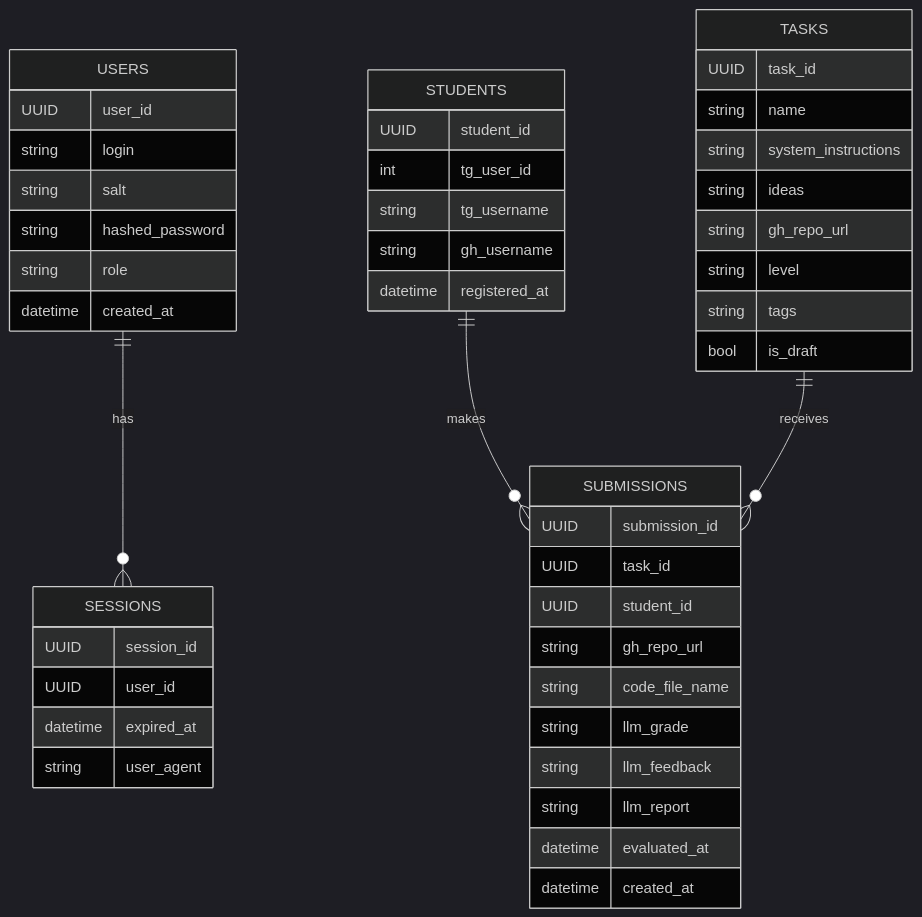
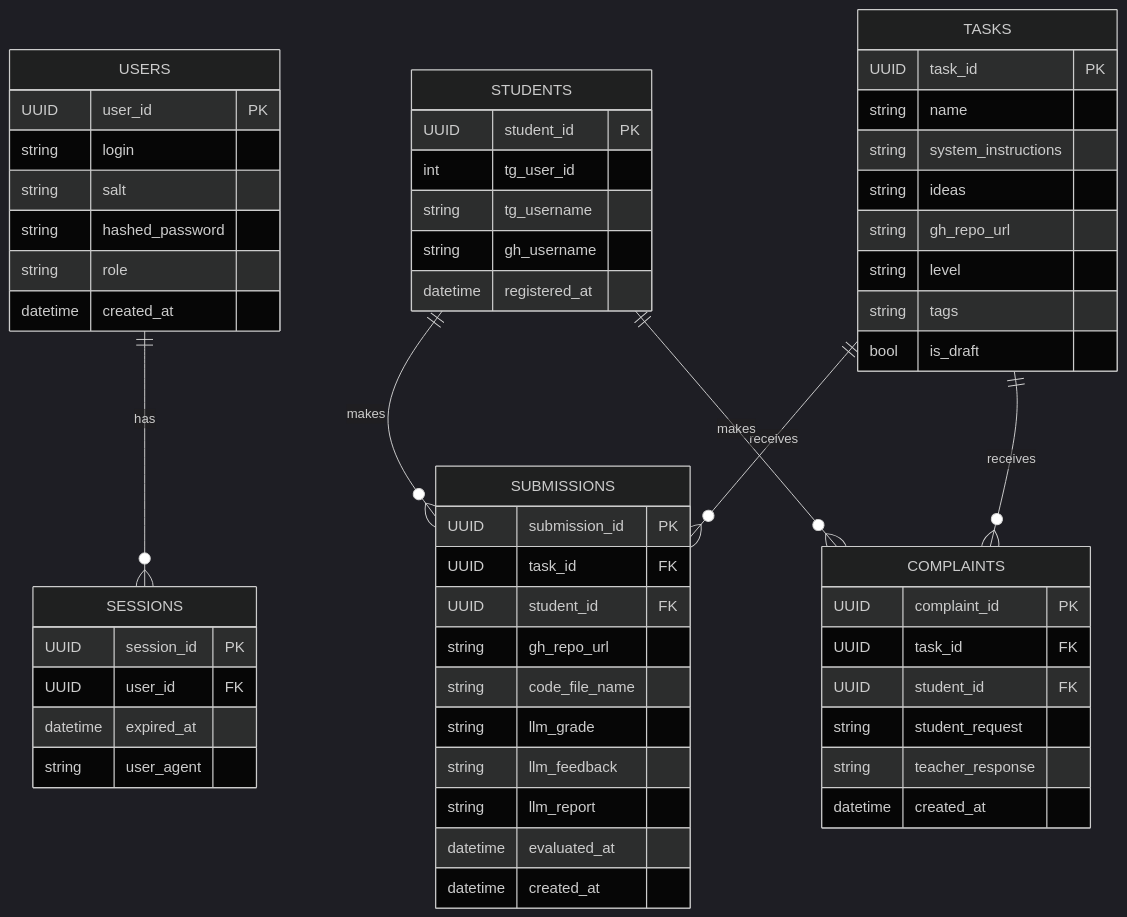
Before and after one commit to LLM-Grading-System/Platform-Backend: the diagram in README.md, drawn with Mermaid (dark theme).

Commit message:
update ER

````diff
--- a/README.md
+++ b/README.md
@@ -4,54 +4,65 @@
 ```mermaid
 erDiagram
     USERS {
-        UUID user_id
+        UUID user_id PK
         string login
         string salt
         string hashed_password
         string role
         datetime created_at
     }
 
     SESSIONS {
-        UUID session_id
-        UUID user_id
+        UUID session_id PK
+        UUID user_id FK
         datetime expired_at
         string user_agent
     }
 
     STUDENTS {
-        UUID student_id
+        UUID student_id PK
         int tg_user_id
         string tg_username
         string gh_username
         datetime registered_at
     }
 
     TASKS {
-        UUID task_id
+        UUID task_id PK
         string name
         string system_instructions
         string ideas
         string gh_repo_url
         string level
         string tags
         bool is_draft
     }
 
     SUBMISSIONS {
-        UUID submission_id
-        UUID task_id
-        UUID student_id
+        UUID submission_id PK
+        UUID task_id FK
+        UUID student_id FK
         string gh_repo_url
         string code_file_name
         string llm_grade
         string llm_feedback
         string llm_report
         datetime evaluated_at
         datetime created_at
     }
 
+    COMPLAINTS {
+        UUID complaint_id PK
+        UUID task_id FK
+        UUID student_id FK
+        string student_request
+        string teacher_response
+        datetime created_at
+    }
+
     USERS ||--o{ SESSIONS : has
     STUDENTS ||--o{ SUBMISSIONS : makes
     TASKS ||--o{ SUBMISSIONS : receives
+    TASKS ||--o{ COMPLAINTS : receives
+    STUDENTS ||--o{ COMPLAINTS : makes
 ```
````
